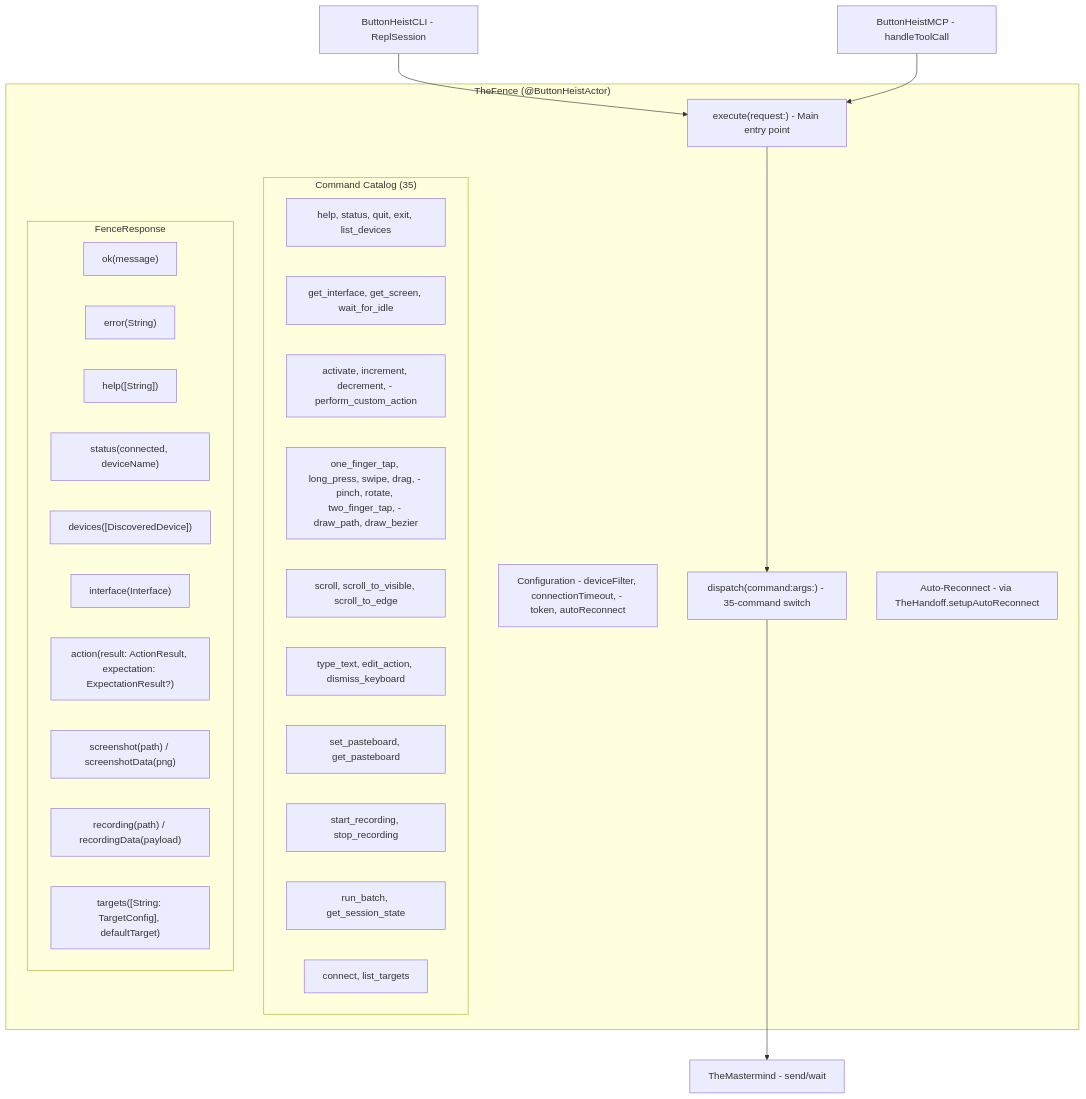
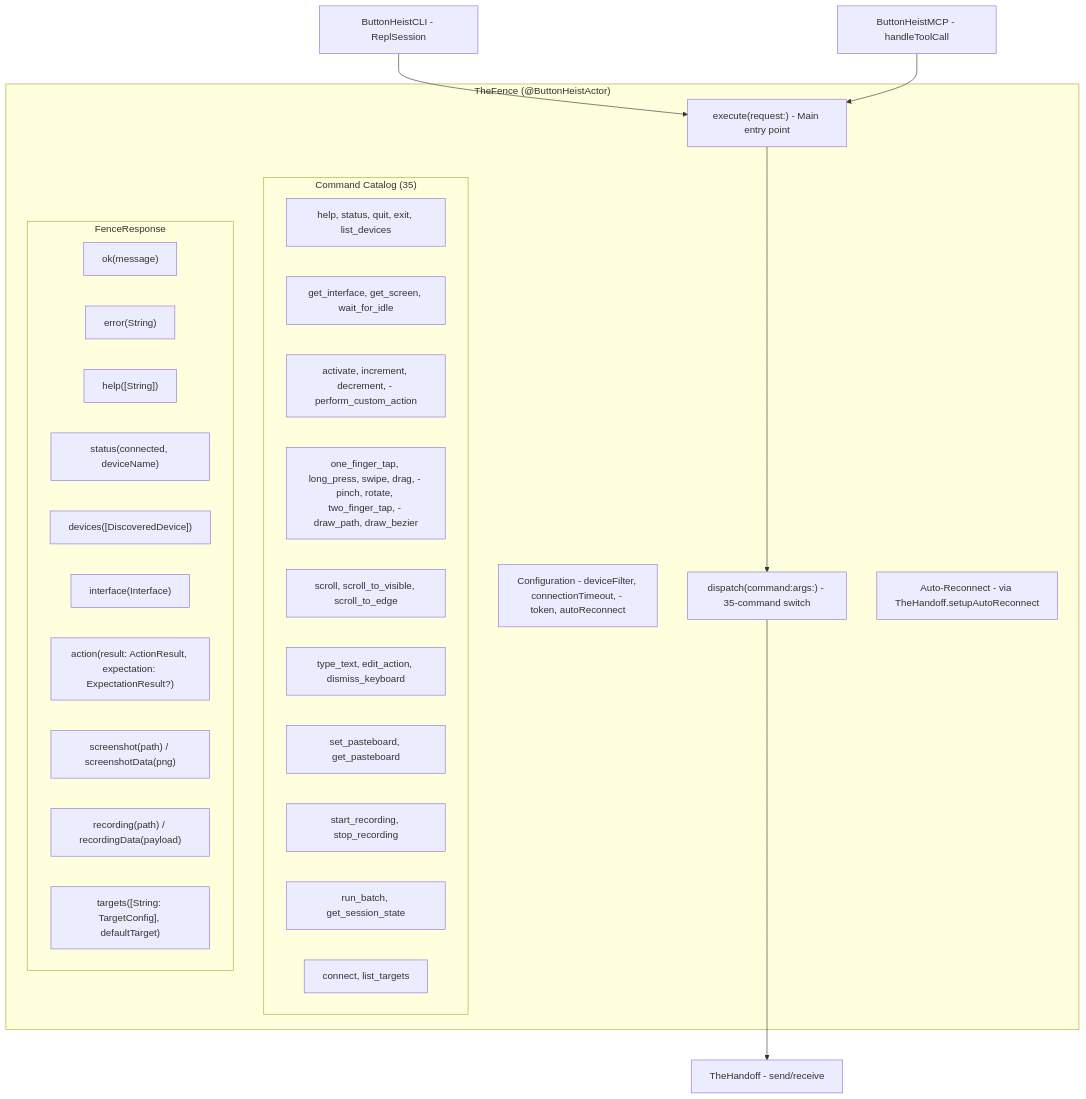
Before and after one commit to RoyalPineapple/TheButtonHeist: the first of 3 diagrams in docs/dossiers/10-THEFENCE.md, drawn with Mermaid. The commit also changed other lines of this file and 41 other files, not shown here.

First line of the commit message:
Remove TheMastermind — TheFence talks to TheHandoff directly (#153)

````diff
--- a/docs/dossiers/10-THEFENCE.md
+++ b/docs/dossiers/10-THEFENCE.md
@@ -23,40 +25,40 @@
 ```mermaid
 graph TD
     subgraph TheFence["TheFence (@ButtonHeistActor)"]
         Config["Configuration - deviceFilter, connectionTimeout, - token, autoReconnect"]
         Execute["execute(request:) - Main entry point"]
         Dispatch["dispatch(command:args:) - 35-command switch"]
         Reconnect["Auto-Reconnect - via TheHandoff.setupAutoReconnect"]
 
         subgraph Commands["Command Catalog (35)"]
             Conn["help, status, quit, exit, list_devices"]
             IF["get_interface, get_screen, wait_for_idle"]
             Access["activate, increment, decrement, - perform_custom_action"]
             Gesture["one_finger_tap, long_press, swipe, drag, - pinch, rotate, two_finger_tap, - draw_path, draw_bezier"]
             Scroll["scroll, scroll_to_visible, scroll_to_edge"]
             Text["type_text, edit_action, dismiss_keyboard"]
             Pasteboard["set_pasteboard, get_pasteboard"]
             Rec["start_recording, stop_recording"]
             Batch["run_batch, get_session_state"]
             Target["connect, list_targets"]
         end
 
         subgraph Response["FenceResponse"]
             Ok["ok(message)"]
             Err["error(String)"]
             Help["help([String])"]
             Status["status(connected, deviceName)"]
             DevList["devices([DiscoveredDevice])"]
             IFResp["interface(Interface)"]
             Action["action(result: ActionResult, expectation: ExpectationResult?)"]
             Screenshot["screenshot(path) / screenshotData(png)"]
             Recording["recording(path) / recordingData(payload)"]
             Targets["targets([String: TargetConfig], defaultTarget)"]
         end
     end
 
     CLI["ButtonHeistCLI - ReplSession"] --> Execute
     MCP["ButtonHeistMCP - handleToolCall"] --> Execute
     Execute --> Dispatch
-    Dispatch --> Client["TheMastermind - send/wait"]
+    Dispatch --> Client["TheHandoff - send/receive"]
 ```
````
